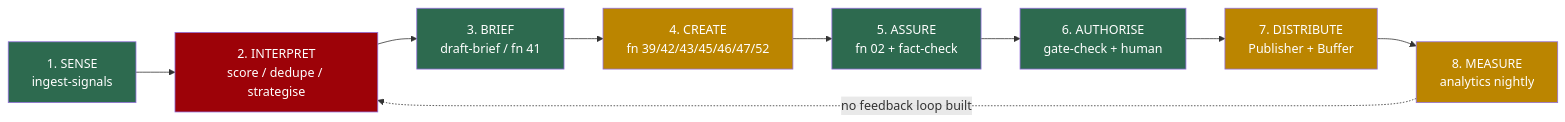
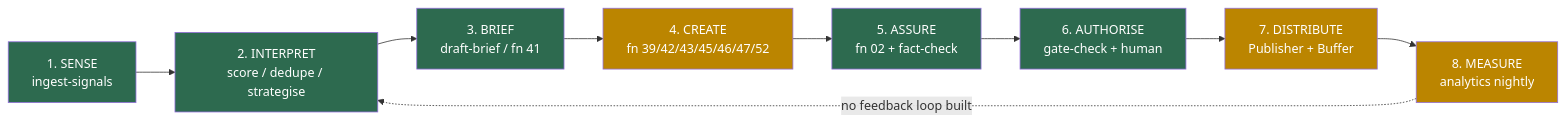
The third of 3 diagrams in docs/architecture/06-business-architecture.md (rooipiet-tech/Canvas-Marketing-OS), drawn with Mermaid before and after one commit. The commit also changed other lines of this file and 7 other files, not shown here.

````diff
--- a/docs/architecture/06-business-architecture.md
+++ b/docs/architecture/06-business-architecture.md
@@ -172,20 +172,20 @@
 ```mermaid
 flowchart LR
   P1["1. SENSE<br/>ingest-signals"] --> P2["2. INTERPRET<br/>score / dedupe / strategise"]
   P2 --> P3["3. BRIEF<br/>draft-brief / fn 41"]
   P3 --> P4["4. CREATE<br/>fn 39/42/43/45/46/47/52"]
   P4 --> P5["5. ASSURE<br/>fn 02 + fact-check"]
   P5 --> P6["6. AUTHORISE<br/>gate-check + human"]
   P6 --> P7["7. DISTRIBUTE<br/>Publisher + Buffer"]
   P7 --> P8["8. MEASURE<br/>analytics nightly"]
   P8 -.->|no feedback loop built| P2
 
   style P1 fill:#2d6a4f,color:#fff
   style P3 fill:#2d6a4f,color:#fff
   style P5 fill:#2d6a4f,color:#fff
   style P6 fill:#2d6a4f,color:#fff
-  style P2 fill:#9d0208,color:#fff
+  style P2 fill:#2d6a4f,color:#fff
   style P4 fill:#bb8500,color:#fff
   style P7 fill:#bb8500,color:#fff
   style P8 fill:#bb8500,color:#fff
 ```
````
